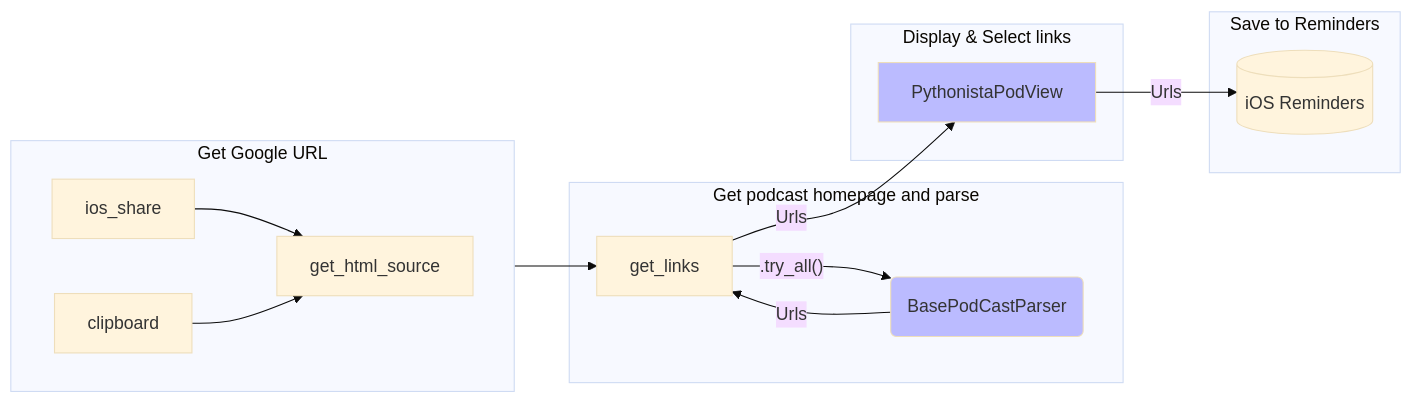
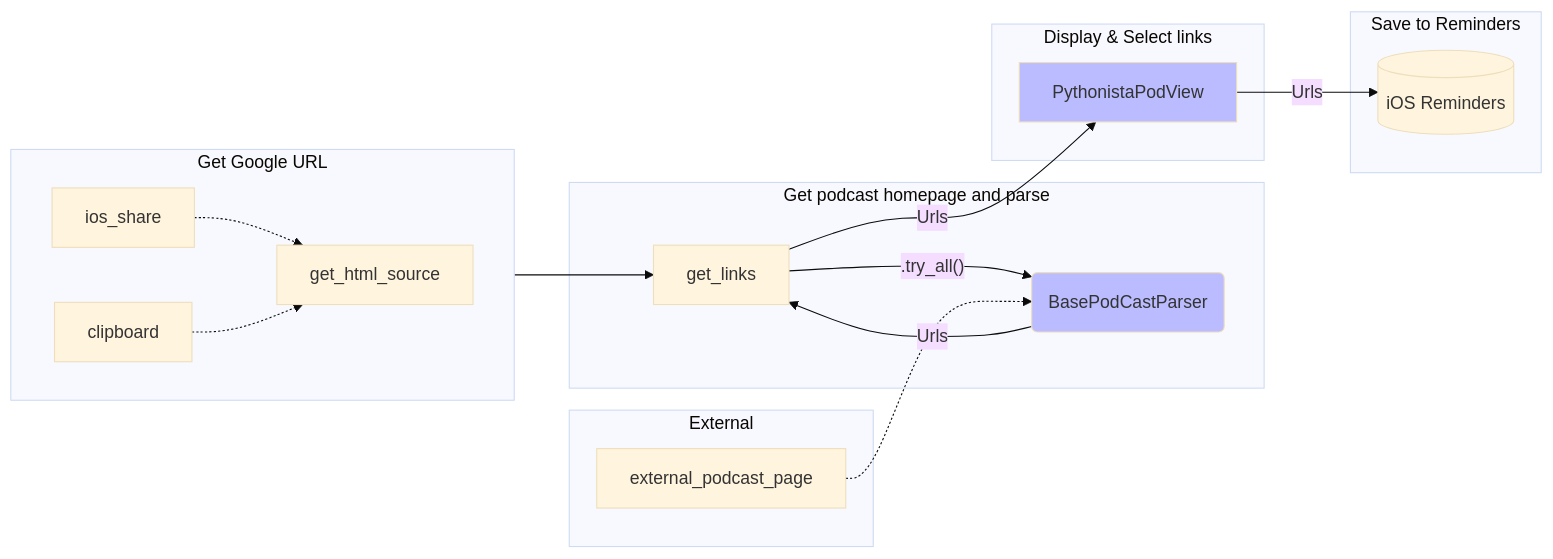
One commit to engdan77/memocast changed the first of 2 diagrams in README.md. Above: the diagram before and after it, drawn with Mermaid (base theme). The commit also changed other lines of this file, not shown here.

````diff
--- a/README.md
+++ b/README.md
@@ -138,24 +138,29 @@
 ```mermaid
 flowchart LR
     subgraph get_url [Get Google URL]
         direction LR
-        ios_share --> get_html_source
-        clipboard --> get_html_source
+        ios_share -.-> get_html_source
+        clipboard -.-> get_html_source
     end
     
     subgraph process [Get podcast homepage and parse]
         get_html_source --> get_links
         get_links -- ".try_all()" --> PodCastParser(BasePodCastParser)
         PodCastParser --Urls--> get_links
         style PodCastParser fill:#bbf
+    end
+
+    subgraph podcast [External]
+        external_podcast_page -.-> PodCastParser
+
     end
 
     subgraph select [Display & Select links]
         get_links -- Urls --> PythonistaPodView 
         style PythonistaPodView fill:#bbf    
     end
 
     subgraph save [Save to Reminders]
         PythonistaPodView -- Urls --> Reminders[(iOS Reminders)]
     end
 ```
````
